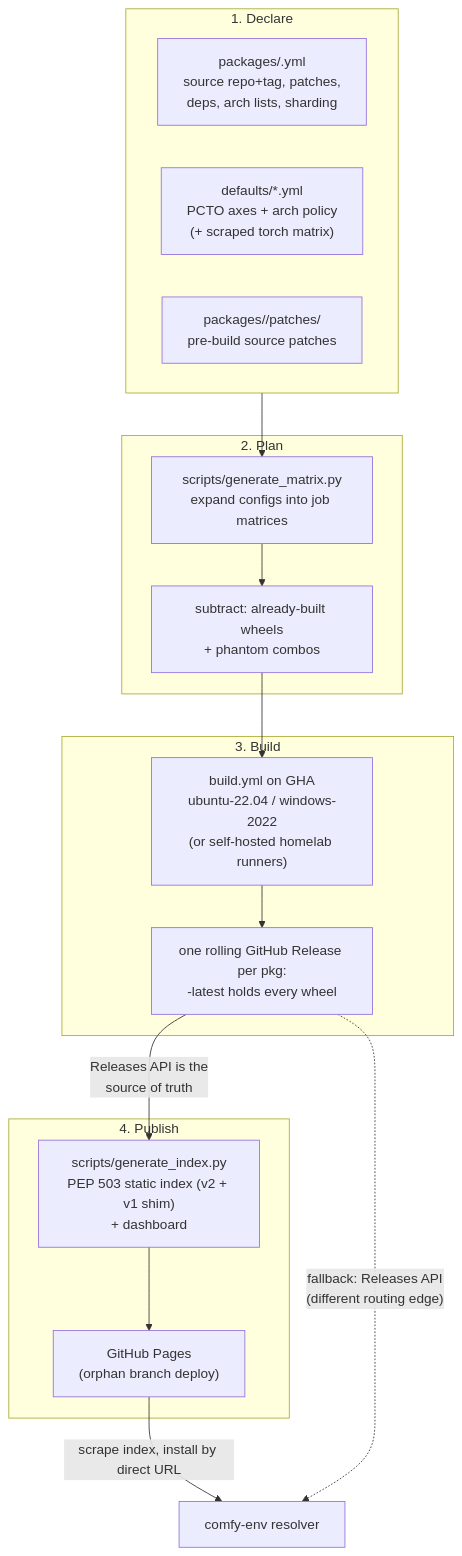
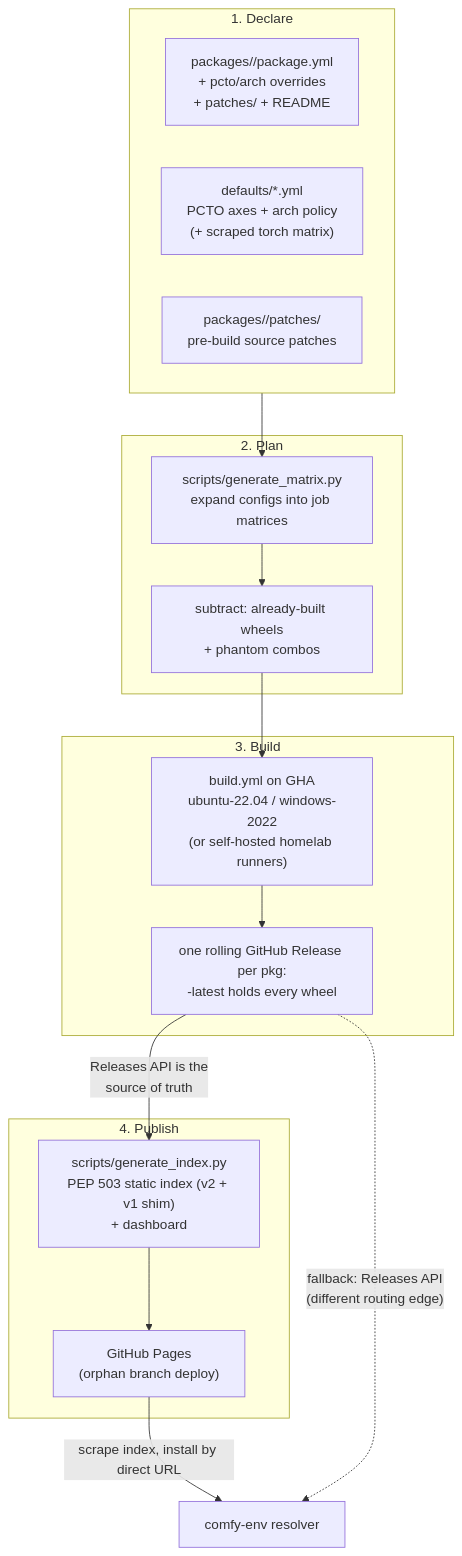
Before and after one commit to Comfy-Forge/comfy-forge-docs: the diagram in docs/cuda-wheels/build-process.md, drawn with Mermaid. The commit also changed other lines of this file and 2 other files, not shown here.

First line of the commit message:
cuda-wheels docs: chain reality, loader contracts, arch parity

````diff
--- a/docs/cuda-wheels/build-process.md
+++ b/docs/cuda-wheels/build-process.md
@@ -125,27 +127,27 @@
 ```mermaid
 flowchart TB
     subgraph declare["1. Declare"]
-        yml["packages/<name>.yml<br/>source repo+tag, patches,<br/>deps, arch lists, sharding"]
+        yml["packages/<name>/package.yml<br/>+ pcto/arch overrides<br/>+ patches/ + README"]
         defaults["defaults/*.yml<br/>PCTO axes + arch policy<br/>(+ scraped torch matrix)"]
         patch["packages/<name>/patches/<br/>pre-build source patches"]
     end
     subgraph plan["2. Plan"]
         gen["scripts/generate_matrix.py<br/>expand configs into job matrices"]
         skip["subtract: already-built wheels<br/>+ phantom combos"]
     end
     subgraph build["3. Build"]
         gha["build.yml on GHA<br/>ubuntu-22.04 / windows-2022<br/>(or self-hosted homelab runners)"]
         rel["one rolling GitHub Release per pkg:<br/><pkg>-latest holds every wheel"]
     end
     subgraph publish["4. Publish"]
         idx["scripts/generate_index.py<br/>PEP 503 static index (v2 + v1 shim)<br/>+ dashboard"]
         pages["GitHub Pages<br/>(orphan branch deploy)"]
     end
     declare --> gen
     gen --> skip --> gha --> rel
     rel -->|"Releases API is the<br/>source of truth"| idx --> pages
 
     consumer["comfy-env resolver"]
     pages -->|"scrape index, install by direct URL"| consumer
     rel -.->|"fallback: Releases API<br/>(different routing edge)"| consumer
 ```
````
